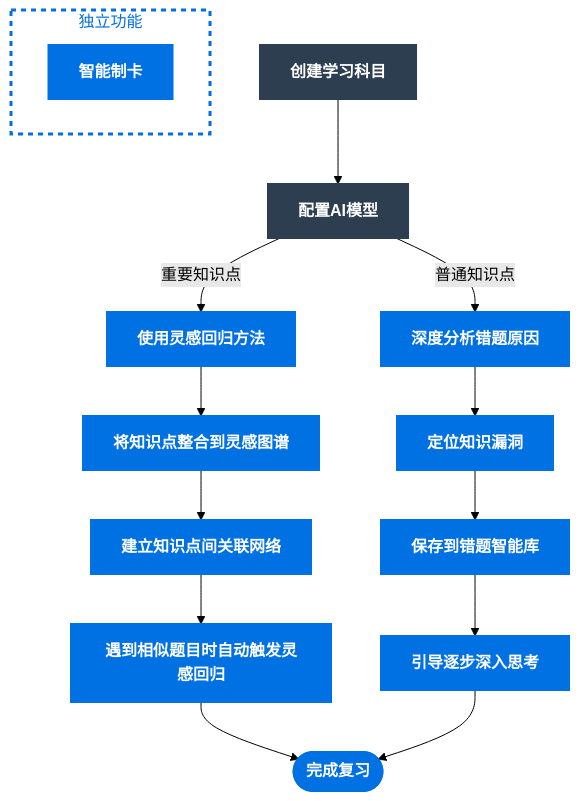
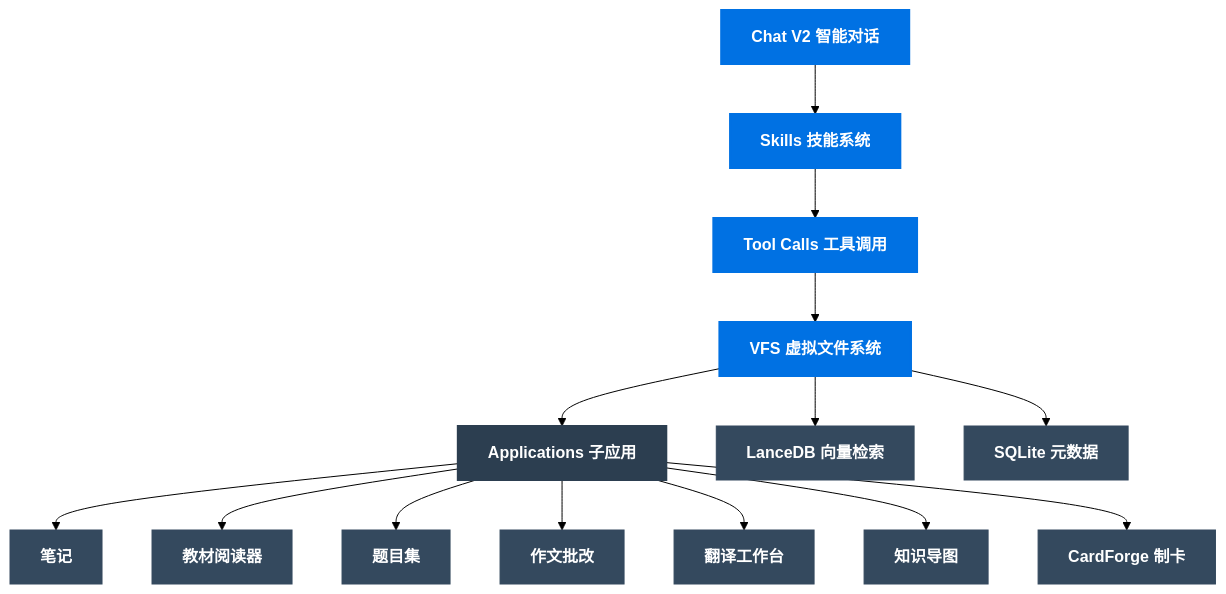
One commit to BA7MLV/ds-web changed the diagram in docs/guide/function.md. Above: the diagram before and after it, drawn with Mermaid (forest theme). The commit also changed other lines of this file and 14 other files, not shown here.

````diff
--- a/docs/guide/function.md
+++ b/docs/guide/function.md
@@ -5,40 +9,28 @@
 ```mermaid
 graph TD
-    %% ====== 主学习流程 ======
-    A[创建学习科目]
-    A --> B[配置AI模型]
+    A[Chat V2 智能对话] --> B[Skills 技能系统]
+    B --> C[Tool Calls 工具调用]
+    C --> D[VFS 虚拟文件系统]
+    D --> E[Applications 子应用]
     
-    %% ====== 重要知识点路径细化 ======
-    B -->|重要知识点| D1[使用灵感回归方法]
-    D1 --> D2[将知识点整合到灵感图谱]
-    D2 --> D3[建立知识点间关联网络]
-    D3 --> D4[遇到相似题目时自动触发灵感回归]
-    D4 --> H([完成复习])
+    E --> E1[笔记]
+    E --> E2[教材阅读器]
+    E --> E3[题目集]
+    E --> E4[作文批改]
+    E --> E5[翻译工作台]
+    E --> E6[知识导图]
+    E --> E7[CardForge 制卡]
     
-    %% ====== 普通知识点路径细化 ======
-    B -->|普通知识点| F1[深度分析错题原因]
-    F1 --> F2[定位知识漏洞]
-    F2 --> F3[保存到错题智能库]
-    F3 --> F4[引导逐步深入思考]
-    F4 --> H
+    D --> F[LanceDB 向量检索]
+    D --> G[SQLite 元数据]
     
-    %% ====== 独立功能模块 ======
-    classDef moduleStyle fill:none,stroke:#0071e3,stroke-width:3px,stroke-dasharray:5,5,color:#0071e3
-    subgraph 独立功能
-        G[智能制卡]
-    end
-    class 独立功能 moduleStyle
-
-    %% ====== 样式定义 ======
     classDef default fill:#2C3E50,stroke:#2C3E50,color:#FFFFFF,stroke-width:2px,font-weight:bold
     classDef highlight fill:#0071e3,stroke:#0071e3,color:#FFFFFF,stroke-width:2px,font-weight:bold
-    classDef diamond fill:#2C3E50,stroke:#0071e3,color:#FFFFFF,stroke-width:2px,shape:diamond
+    classDef app fill:#34495e,stroke:#34495e,color:#FFFFFF,stroke-width:1px
     
-    %% ====== 应用样式 ======
-    class H highlight
-    class A,B default
-    class D1,D2,D3,D4,D5 highlight
-    class F1,F2,F3,F4,F5 highlight
-    class G highlight
-
+    class A highlight
+    class B,C highlight
+    class D highlight
+    class E1,E2,E3,E4,E5,E6,E7 app
+    class F,G app
 ```
````
